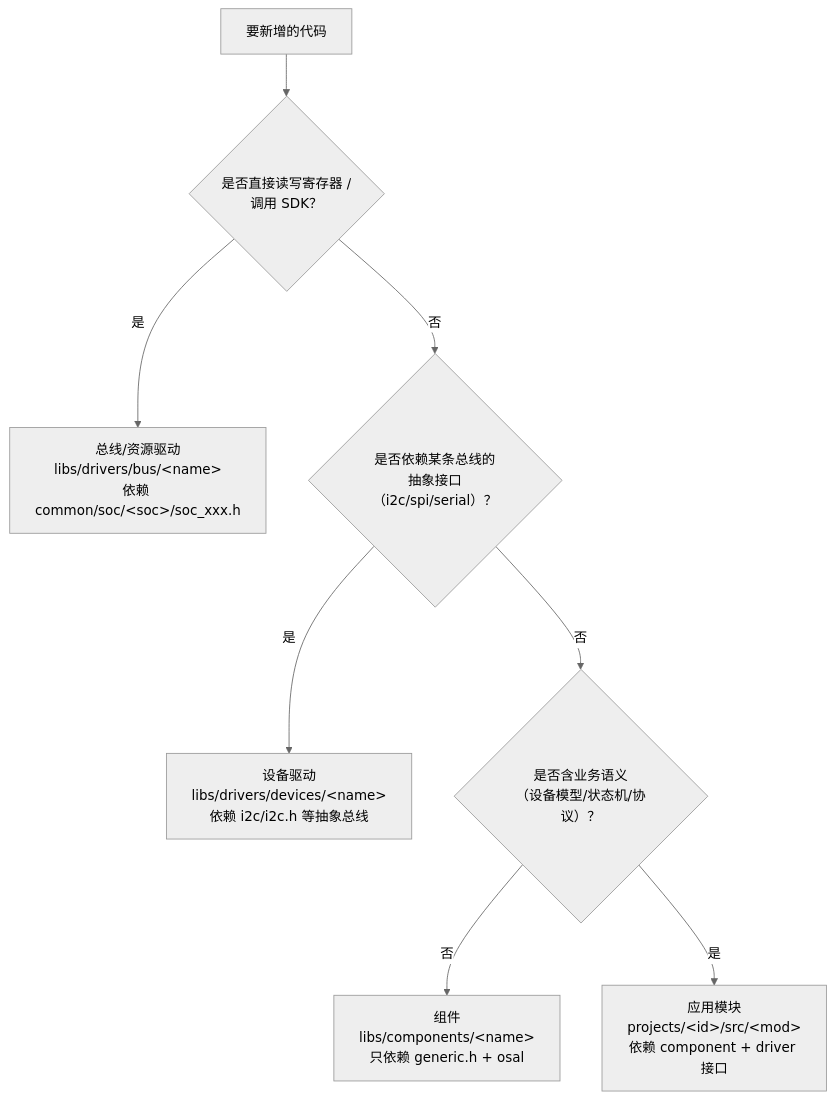
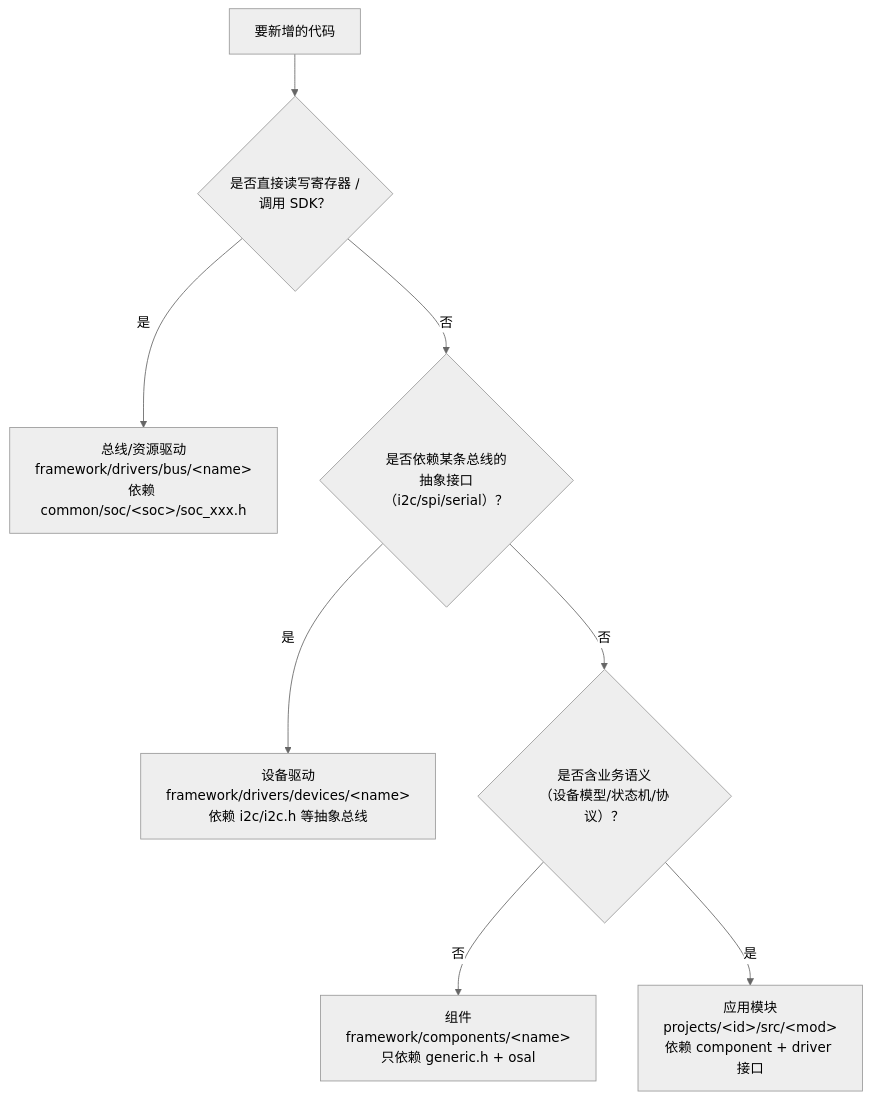
One commit to Clara-NP/demo changed the first of 2 diagrams in docs/guides/module-development.md. Above: the diagram before and after it, drawn with Mermaid (neutral theme). The commit also changed other lines of this file and 28 other files, not shown here.

````diff
--- a/docs/guides/module-development.md
+++ b/docs/guides/module-development.md
@@ -44,10 +44,10 @@
 ```mermaid
 graph TD
   Q["要新增的代码"] --> Q1{"是否直接读写寄存器 /<br/>调用 SDK？"}
-  Q1 -->|是| B["总线/资源驱动<br/>libs/drivers/bus/&lt;name&gt;<br/>依赖 common/soc/&lt;soc&gt;/soc_xxx.h"]
+  Q1 -->|是| B["总线/资源驱动<br/>framework/drivers/bus/&lt;name&gt;<br/>依赖 common/soc/&lt;soc&gt;/soc_xxx.h"]
   Q1 -->|否| Q2{"是否依赖某条总线的<br/>抽象接口（i2c/spi/serial）？"}
-  Q2 -->|是| D["设备驱动<br/>libs/drivers/devices/&lt;name&gt;<br/>依赖 i2c/i2c.h 等抽象总线"]
+  Q2 -->|是| D["设备驱动<br/>framework/drivers/devices/&lt;name&gt;<br/>依赖 i2c/i2c.h 等抽象总线"]
   Q2 -->|否| Q3{"是否含业务语义<br/>（设备模型/状态机/协议）？"}
-  Q3 -->|否| C["组件<br/>libs/components/&lt;name&gt;<br/>只依赖 generic.h + osal"]
+  Q3 -->|否| C["组件<br/>framework/components/&lt;name&gt;<br/>只依赖 generic.h + osal"]
   Q3 -->|是| A["应用模块<br/>projects/&lt;id&gt;/src/&lt;mod&gt;<br/>依赖 component + driver 接口"]
 ```
````
